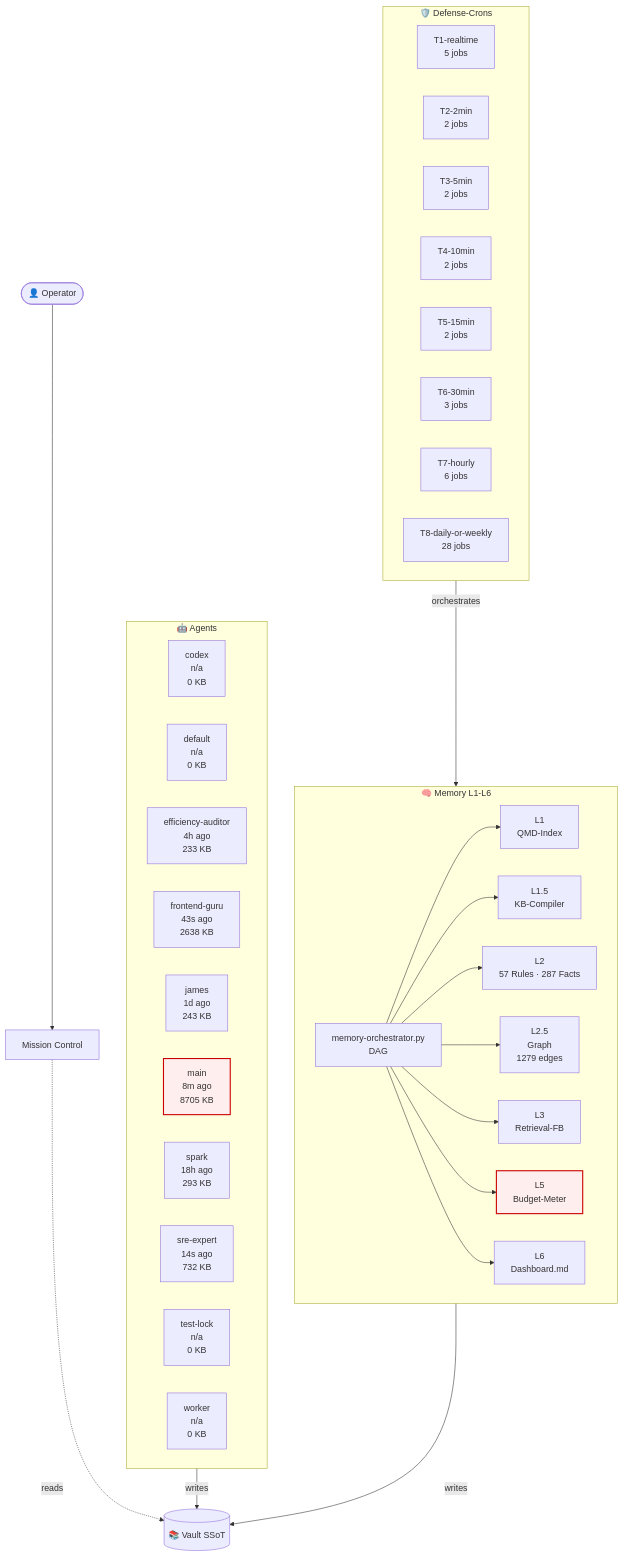
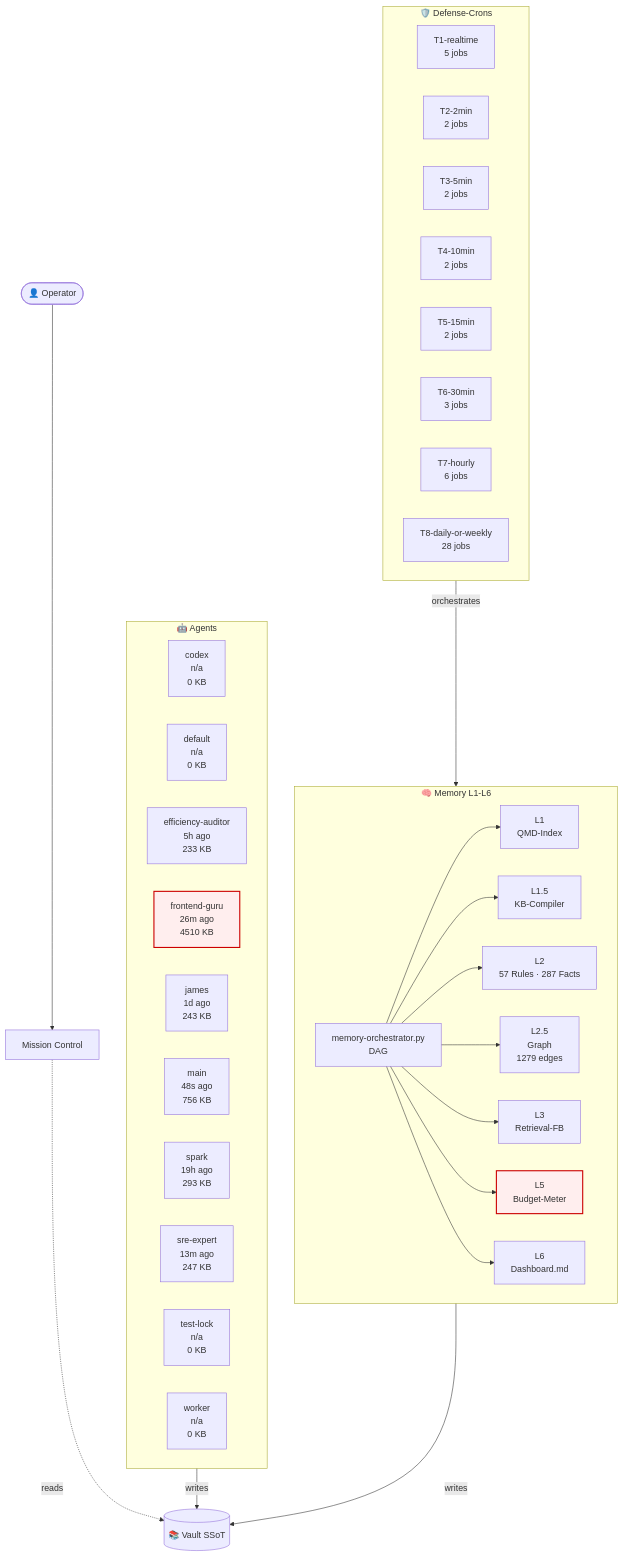
One commit to lenardhuebner88-rgb/openclaw-memory changed the diagram in 03-Agents/architecture-live.md. Above: the diagram before and after it, drawn with Mermaid. The commit also changed other lines of this file and 6 other files, not shown here.

````diff
--- a/03-Agents/architecture-live.md
+++ b/03-Agents/architecture-live.md
@@ -18,53 +18,53 @@
 ```mermaid
 flowchart TB
     classDef critical fill:#fee,stroke:#c00,stroke-width:2px;
     subgraph AGT["🤖 Agents"]
         agent_codex["codex<br/>n/a<br/>0 KB"]
         agent_default["default<br/>n/a<br/>0 KB"]
-        agent_efficiency_auditor["efficiency-auditor<br/>4h ago<br/>233 KB"]
-        agent_frontend_guru["frontend-guru<br/>43s ago<br/>2638 KB"]
+        agent_efficiency_auditor["efficiency-auditor<br/>5h ago<br/>233 KB"]
+        agent_frontend_guru["frontend-guru<br/>26m ago<br/>4510 KB"]
         agent_james["james<br/>1d ago<br/>243 KB"]
-        agent_main["main<br/>8m ago<br/>8705 KB"]
-        agent_spark["spark<br/>18h ago<br/>293 KB"]
-        agent_sre_expert["sre-expert<br/>14s ago<br/>732 KB"]
+        agent_main["main<br/>48s ago<br/>756 KB"]
+        agent_spark["spark<br/>19h ago<br/>293 KB"]
+        agent_sre_expert["sre-expert<br/>13m ago<br/>247 KB"]
         agent_test_lock["test-lock<br/>n/a<br/>0 KB"]
         agent_worker["worker<br/>n/a<br/>0 KB"]
     end
     subgraph MEM["🧠 Memory L1-L6"]
         L1["L1<br/>QMD-Index"]
         L15["L1.5<br/>KB-Compiler"]
         L2["L2<br/>57 Rules · 287 Facts"]
         L25["L2.5<br/>Graph<br/>1279 edges"]
         L3["L3<br/>Retrieval-FB"]
         L5["L5<br/>Budget-Meter"]
         L6["L6<br/>Dashboard.md"]
         ORCH["memory-orchestrator.py<br/>DAG"]
     end
     subgraph CRN["🛡️ Defense-Crons"]
         tier_T1_realtime["T1-realtime<br/>5 jobs"]
         tier_T2_2min["T2-2min<br/>2 jobs"]
         tier_T3_5min["T3-5min<br/>2 jobs"]
         tier_T4_10min["T4-10min<br/>2 jobs"]
         tier_T5_15min["T5-15min<br/>2 jobs"]
         tier_T6_30min["T6-30min<br/>3 jobs"]
         tier_T7_hourly["T7-hourly<br/>6 jobs"]
         tier_T8_daily_or_weekly["T8-daily-or-weekly<br/>28 jobs"]
     end
     VAULT[("📚 Vault SSoT")]
     OP([👤 Operator])
     MC["Mission Control"]
     OP --> MC
     MC -.reads.-> VAULT
     AGT -->|writes| VAULT
     MEM -->|writes| VAULT
     ORCH --> L1
     ORCH --> L15
     ORCH --> L2
     ORCH --> L25
     ORCH --> L3
     ORCH --> L5
     ORCH --> L6
     CRN -->|orchestrates| MEM
     class L5 critical
-    class agent_main critical
+    class agent_frontend_guru critical
 ```
````
